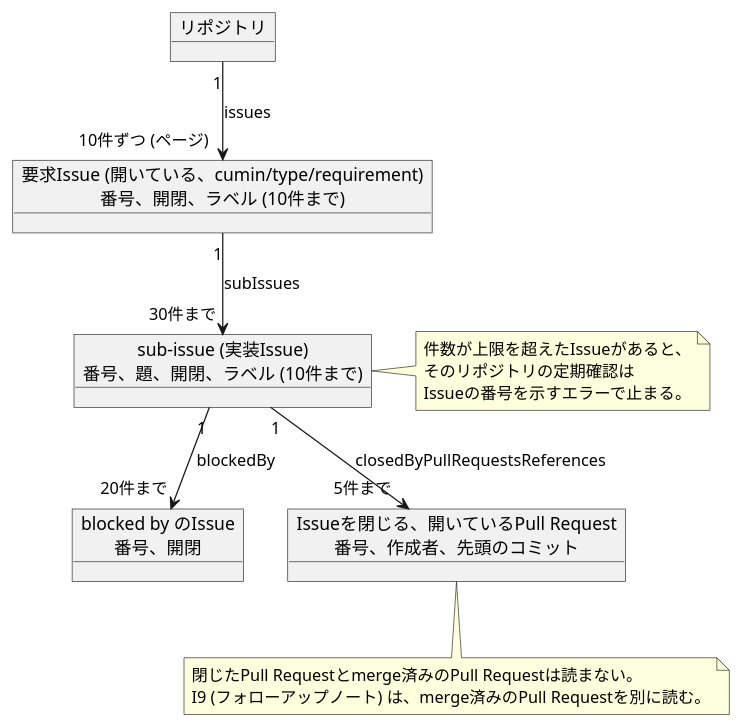
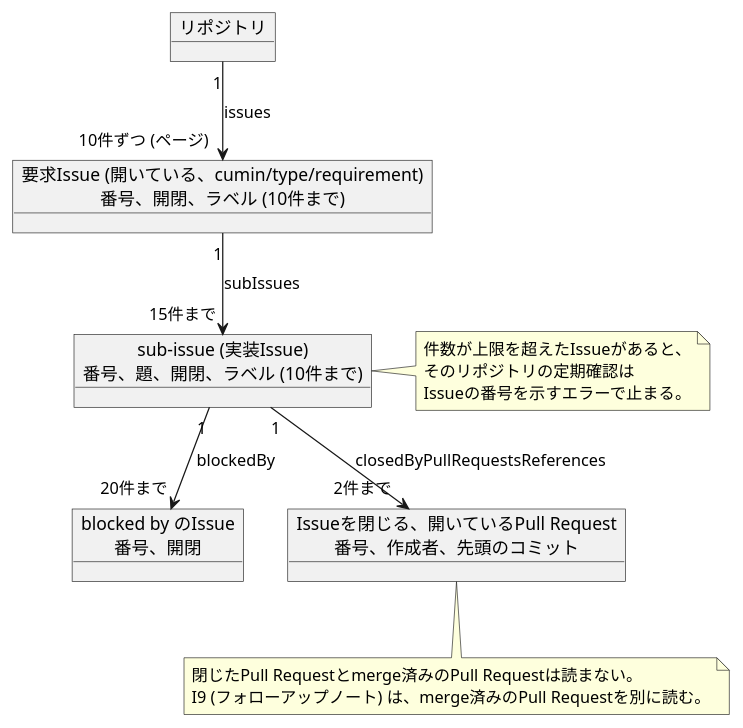
Before and after one commit to cloveclovedev/cumin-works: the diagram in docs/ja/designs/poll-snapshot.puml, drawn with PlantUML. The commit also changed 5 other files, not shown here.

First line of the commit message:
perf(github): read fewer sub-issues and pull requests in one page

```diff
--- a/docs/ja/designs/poll-snapshot.puml
+++ b/docs/ja/designs/poll-snapshot.puml
@@ -1,28 +1,28 @@
 @startuml poll-snapshot
 ' cumin works - 定期確認の1回の問い合わせで読むもの。入れ子の接続と、その件数の上限。
 ' 対応する文書: poll.md の「定期確認で読む内容」。
 ' SVGの書き出し: リポジトリの直下で scripts/render-diagrams.sh を実行する。
 skinparam shadowing false
 skinparam defaultFontName sans-serif
 
 object "リポジトリ" as repo
 object "要求Issue (開いている、cumin/type/requirement)\n番号、開閉、ラベル (10件まで)" as req
 object "sub-issue (実装Issue)\n番号、題、開閉、ラベル (10件まで)" as sub
 object "blocked by のIssue\n番号、開閉" as blocker
 object "Issueを閉じる、開いているPull Request\n番号、作成者、先頭のコミット" as pr
 
 repo "1" --> "10件ずつ (ページ)" req : issues
-req "1" --> "30件まで" sub : subIssues
+req "1" --> "15件まで" sub : subIssues
 sub "1" --> "20件まで" blocker : blockedBy
-sub "1" --> "5件まで" pr : closedByPullRequestsReferences
+sub "1" --> "2件まで" pr : closedByPullRequestsReferences
 
 note bottom of pr
   閉じたPull Requestとmerge済みのPull Requestは読まない。
   I9 (フォローアップノート) は、merge済みのPull Requestを別に読む。
 end note
 note right of sub
   件数が上限を超えたIssueがあると、
   そのリポジトリの定期確認は
   Issueの番号を示すエラーで止まる。
 end note
 @enduml
```
